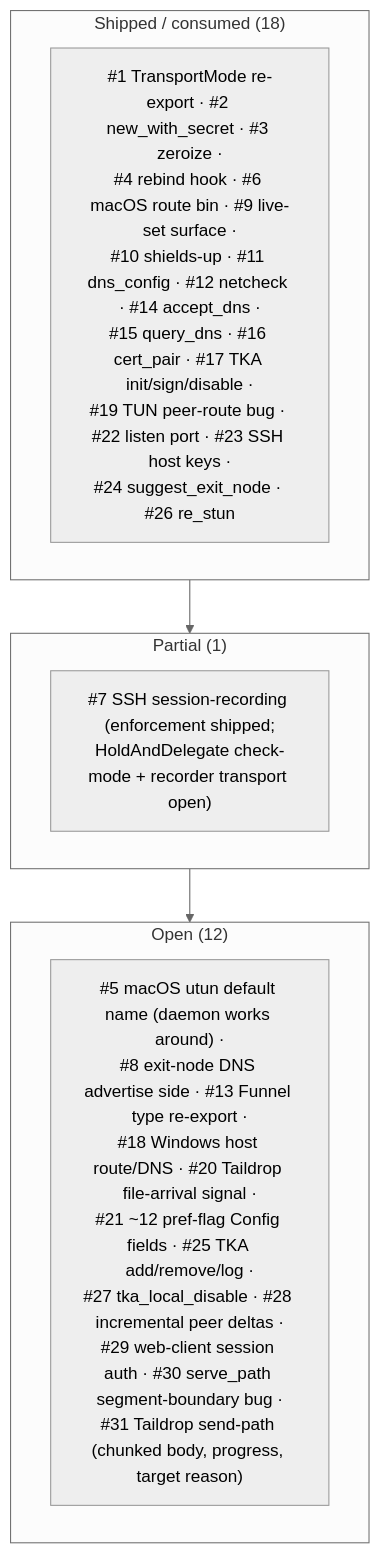
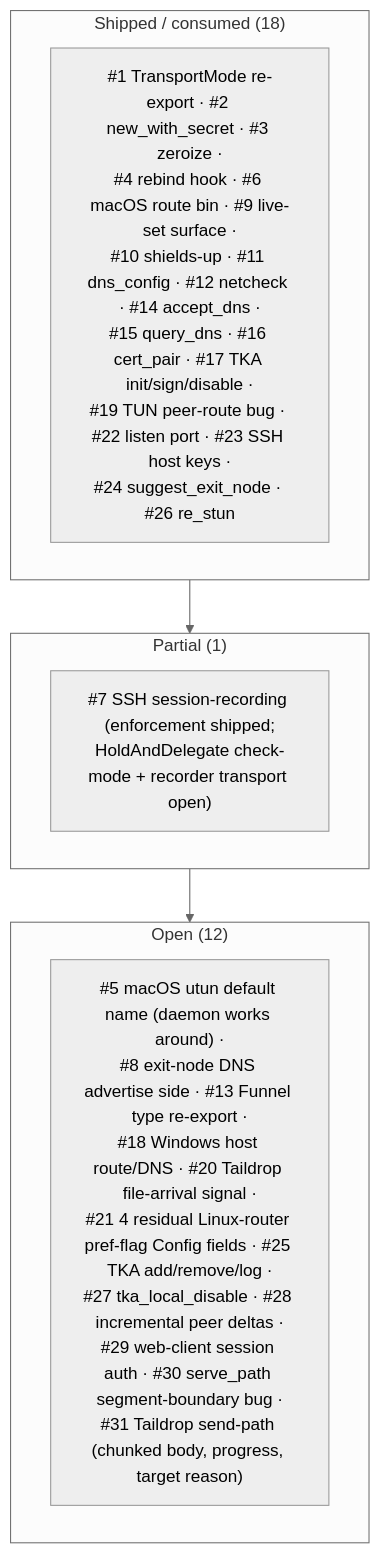
Before and after one commit to GeiserX/tailscaled-rs: the third of 3 diagrams in docs/PARITY_GAP_ANALYSIS.md, drawn with Mermaid (neutral theme). The commit also changed other lines of this file and 2 other files, not shown here.

````diff
--- a/docs/PARITY_GAP_ANALYSIS.md
+++ b/docs/PARITY_GAP_ANALYSIS.md
@@ -195,13 +196,13 @@
 ```mermaid
 flowchart TB
     subgraph SHIPPED["Shipped / consumed (18)"]
         S["#1 TransportMode re-export · #2 new_with_secret · #3 zeroize ·<br/>#4 rebind hook · #6 macOS route bin · #9 live-set surface ·<br/>#10 shields-up · #11 dns_config · #12 netcheck · #14 accept_dns ·<br/>#15 query_dns · #16 cert_pair · #17 TKA init/sign/disable ·<br/>#19 TUN peer-route bug · #22 listen port · #23 SSH host keys ·<br/>#24 suggest_exit_node · #26 re_stun"]
     end
     subgraph PARTIAL["Partial (1)"]
         P["#7 SSH session-recording (enforcement shipped;<br/>HoldAndDelegate check-mode + recorder transport open)"]
     end
     subgraph OPEN["Open (12)"]
-        O["#5 macOS utun default name (daemon works around) ·<br/>#8 exit-node DNS advertise side · #13 Funnel type re-export ·<br/>#18 Windows host route/DNS · #20 Taildrop file-arrival signal ·<br/>#21 ~12 pref-flag Config fields · #25 TKA add/remove/log ·<br/>#27 tka_local_disable · #28 incremental peer deltas ·<br/>#29 web-client session auth · #30 serve_path segment-boundary bug ·<br/>#31 Taildrop send-path (chunked body, progress, target reason)"]
+        O["#5 macOS utun default name (daemon works around) ·<br/>#8 exit-node DNS advertise side · #13 Funnel type re-export ·<br/>#18 Windows host route/DNS · #20 Taildrop file-arrival signal ·<br/>#21 4 residual Linux-router pref-flag Config fields · #25 TKA add/remove/log ·<br/>#27 tka_local_disable · #28 incremental peer deltas ·<br/>#29 web-client session auth · #30 serve_path segment-boundary bug ·<br/>#31 Taildrop send-path (chunked body, progress, target reason)"]
     end
     SHIPPED --> PARTIAL --> OPEN
 ```
````
